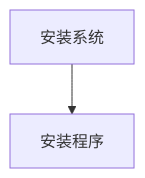
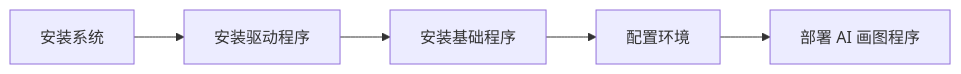
Before and after one commit to licyk/SDNote: the diagram in docs/buildguide/system/index.md, drawn with Mermaid. The commit also changed other lines of this file and 3 other files, not shown here.

````diff
--- a/docs/buildguide/system/index.md
+++ b/docs/buildguide/system/index.md
@@ -67,4 +82,4 @@
     ``` mermaid
-    graph TB
-    A[安装系统]-->B[安装程序]
+    graph LR
+    A[安装系统]-->B[安装驱动程序]-->C[安装基础程序]-->D[配置环境]-->E[部署 AI 画图程序]
     ```
````
